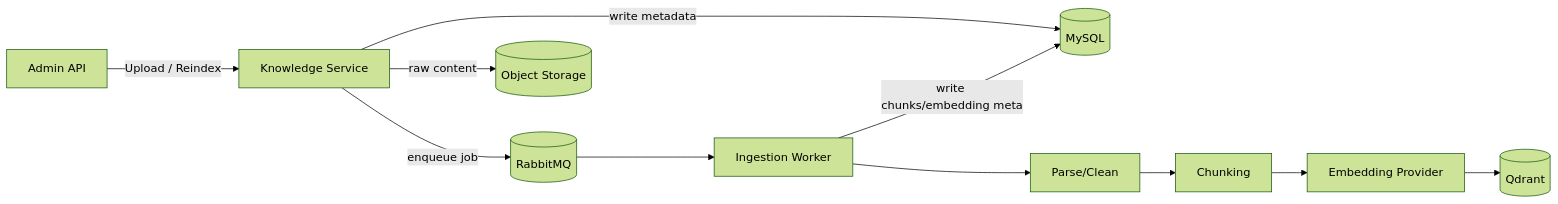
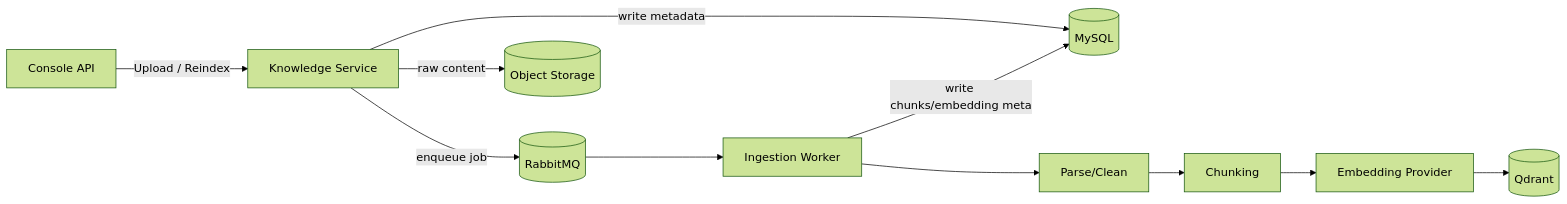
Before and after one commit to ZTH7/RAGDesk: the third of 4 diagrams in docs/Architecture.md, drawn with Mermaid (forest theme). The commit also changed other lines of this file and 30 other files, not shown here.

````diff
--- a/docs/Architecture.md
+++ b/docs/Architecture.md
@@ -141,13 +141,13 @@
 ```mermaid
 flowchart LR
-  Client[Admin API] -->|Upload / Reindex| KSvc[Knowledge Service]
+  Client[Console API] -->|Upload / Reindex| KSvc[Knowledge Service]
   KSvc -->|write metadata| MySQL[(MySQL)]
   KSvc -->|enqueue job| MQ[(RabbitMQ)]
   MQ --> Worker[Ingestion Worker]
   Worker --> Parser[Parse/Clean]
   Parser --> Chunker[Chunking]
   Chunker --> Embed[Embedding Provider]
   Embed --> Qdrant[(Qdrant)]
   Worker -->|write chunks/embedding meta| MySQL
   KSvc -->|raw content| Object[(Object Storage)]
 ```
````
